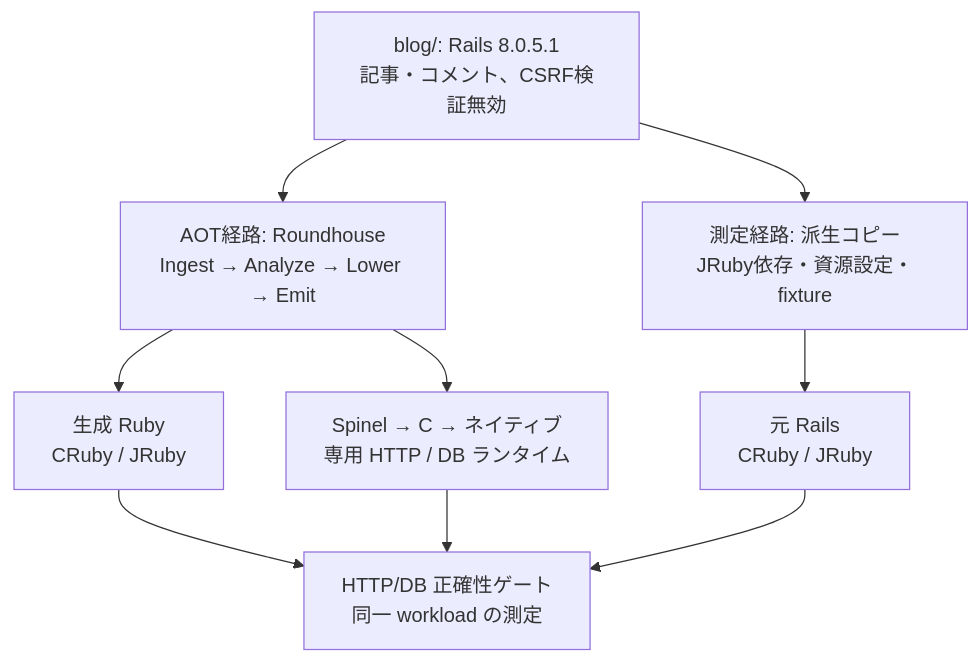
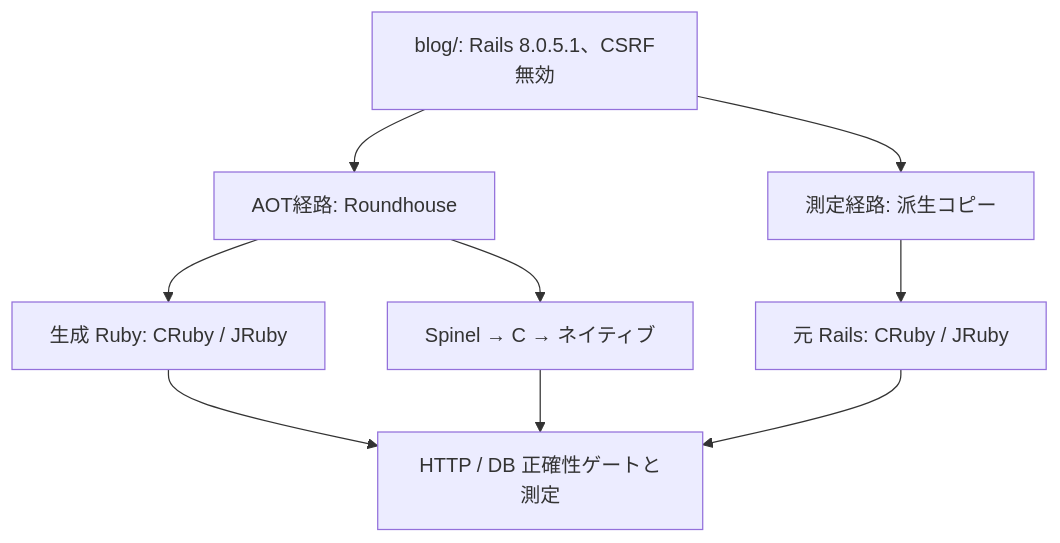
The first of 3 diagrams in docs/roundhouse-rails-jit-aot-report.md (koduki/example-rails-aot), drawn with Mermaid before and after one commit. The commit also changed 2 other files, not shown here.

Commit message:
Tighten canonical fixture contract and report diagram

```diff
--- a/docs/roundhouse-rails-jit-aot-report.md
+++ b/docs/roundhouse-rails-jit-aot-report.md
@@ -26,11 +26,11 @@
 ~~~mermaid
 flowchart TD
-    A["blog/: Rails 8.0.5.1<br/>記事・コメント、CSRF検証無効"] --> B["AOT経路: Roundhouse<br/>Ingest → Analyze → Lower → Emit"]
-    A --> C["測定経路: 派生コピー<br/>JRuby依存・資源設定・fixture"]
-    B --> D["生成 Ruby<br/>CRuby / JRuby"]
-    B --> E["Spinel → C → ネイティブ<br/>専用 HTTP / DB ランタイム"]
-    C --> F["元 Rails<br/>CRuby / JRuby"]
-    D --> G["HTTP/DB 正確性ゲート<br/>同一 workload の測定"]
+    A["blog/: Rails 8.0.5.1、CSRF無効"] --> B["AOT経路: Roundhouse"]
+    A --> C["測定経路: 派生コピー"]
+    B --> D["生成 Ruby: CRuby / JRuby"]
+    B --> E["Spinel → C → ネイティブ"]
+    C --> F["元 Rails: CRuby / JRuby"]
+    D --> G["HTTP / DB 正確性ゲートと測定"]
     E --> G
     F --> G
 ~~~
```
